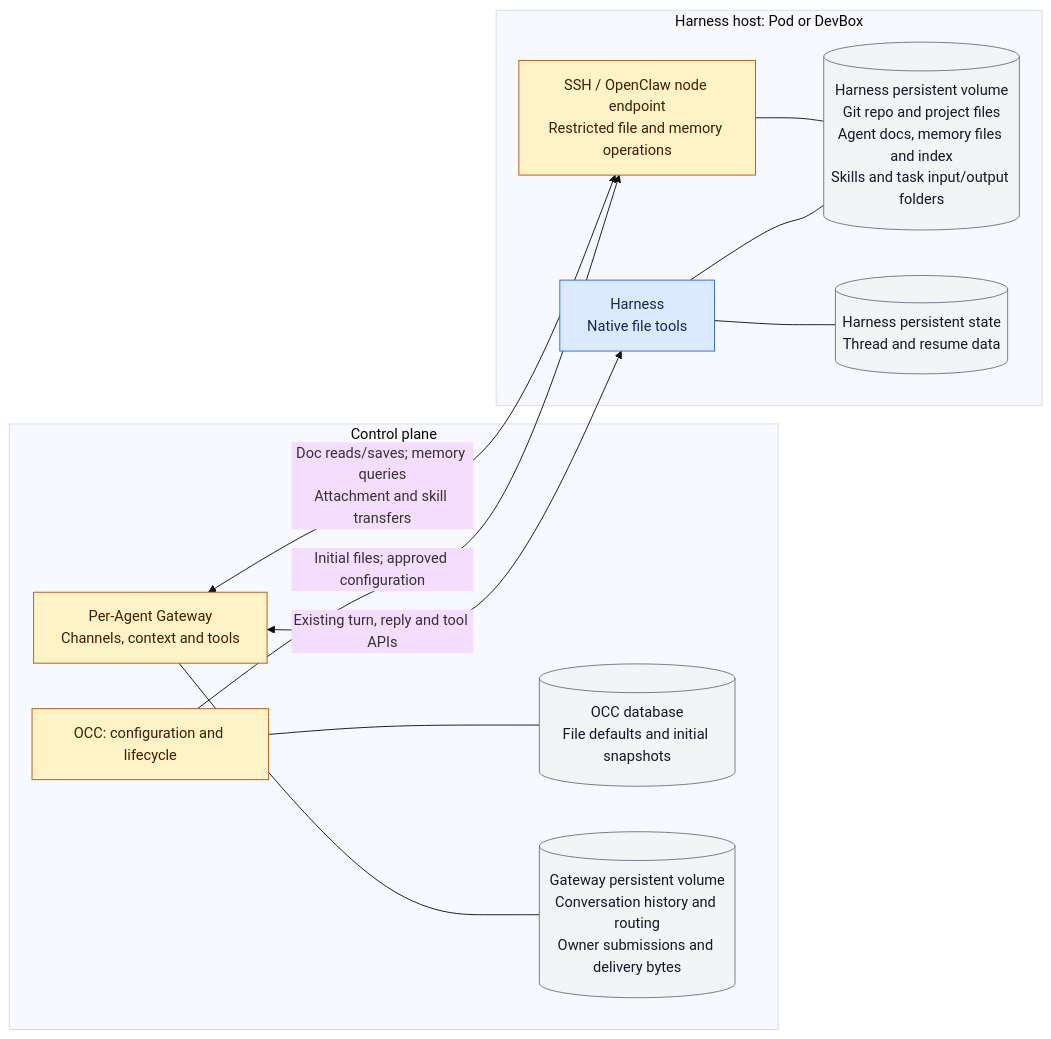
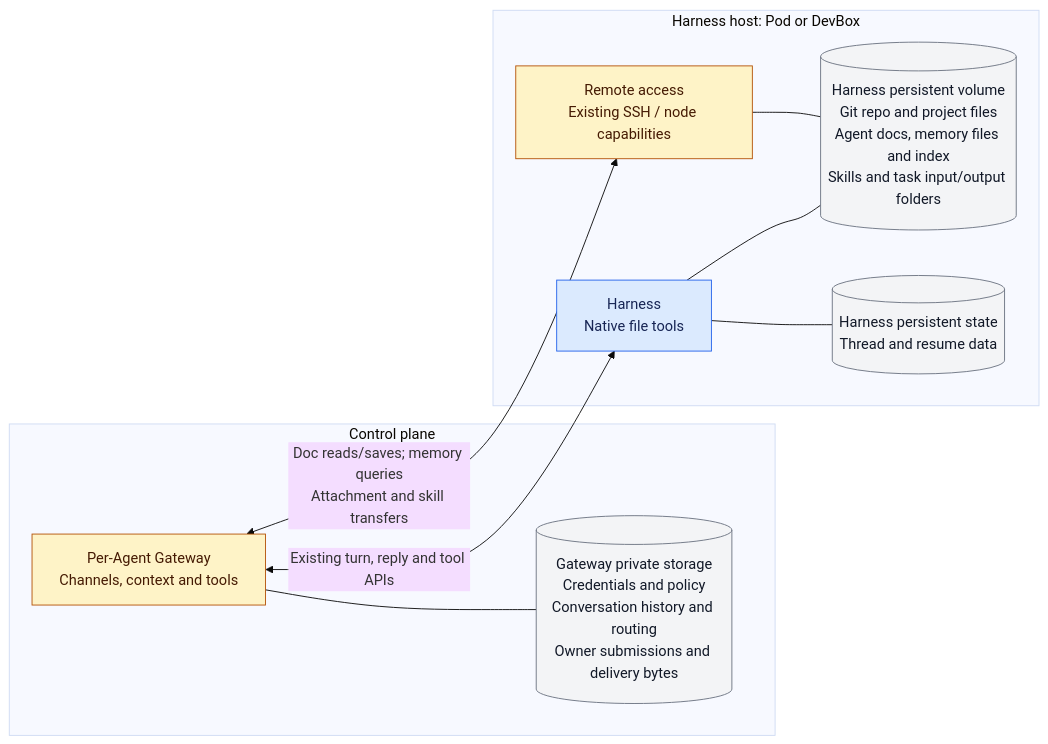
One commit to IsaiahStapleton/openclaw-enterprise changed the first of 3 diagrams in specs/28-gateway-harness-storage-split.md. Above: the diagram before and after it, drawn with Mermaid (base theme). The commit also changed other lines of this file, not shown here.

Commit message:
docs: simplify storage split decisions and qualify remote reuse

````diff
--- a/specs/28-gateway-harness-storage-split.md
+++ b/specs/28-gateway-harness-storage-split.md
@@ -23,29 +24,25 @@
 ```mermaid
 flowchart LR
   subgraph CP["Control plane"]
-    O["OCC: configuration and lifecycle"]
-    DB[("OCC database<br/>File defaults and initial snapshots")]
     G["Per-Agent Gateway<br/>Channels, context and tools"]
-    GP[("Gateway persistent volume<br/>Conversation history and routing<br/>Owner submissions and delivery bytes")]
-    O --- DB
+    GP[("Gateway private storage<br/>Credentials and policy<br/>Conversation history and routing<br/>Owner submissions and delivery bytes")]
     G --- GP
   end
   subgraph HP["Harness host: Pod or DevBox"]
     H["Harness<br/>Native file tools"]
-    B["SSH / OpenClaw node endpoint<br/>Restricted file and memory operations"]
+    B["Remote access<br/>Existing SSH / node capabilities"]
     WP[("Harness persistent volume<br/>Git repo and project files<br/>Agent docs, memory files and index<br/>Skills and task input/output folders")]
     HS[("Harness persistent state<br/>Thread and resume data")]
     H --- WP
     H --- HS
     B --- WP
   end
-  O -->|"Initial files; approved configuration"| B
   G <-->|"Doc reads/saves; memory queries<br/>Attachment and skill transfers"| B
   G <-->|"Existing turn, reply and tool APIs"| H
   classDef reuse fill:#dbeafe,stroke:#2563eb,color:#172554;
   classDef adapt fill:#fef3c7,stroke:#b45309,color:#451a03;
   classDef data fill:#f3f4f6,stroke:#6b7280,color:#111827;
   class H reuse;
-  class O,G,B adapt;
-  class DB,GP,WP,HS data;
+  class G,B adapt;
+  class GP,WP,HS data;
 ```
````
